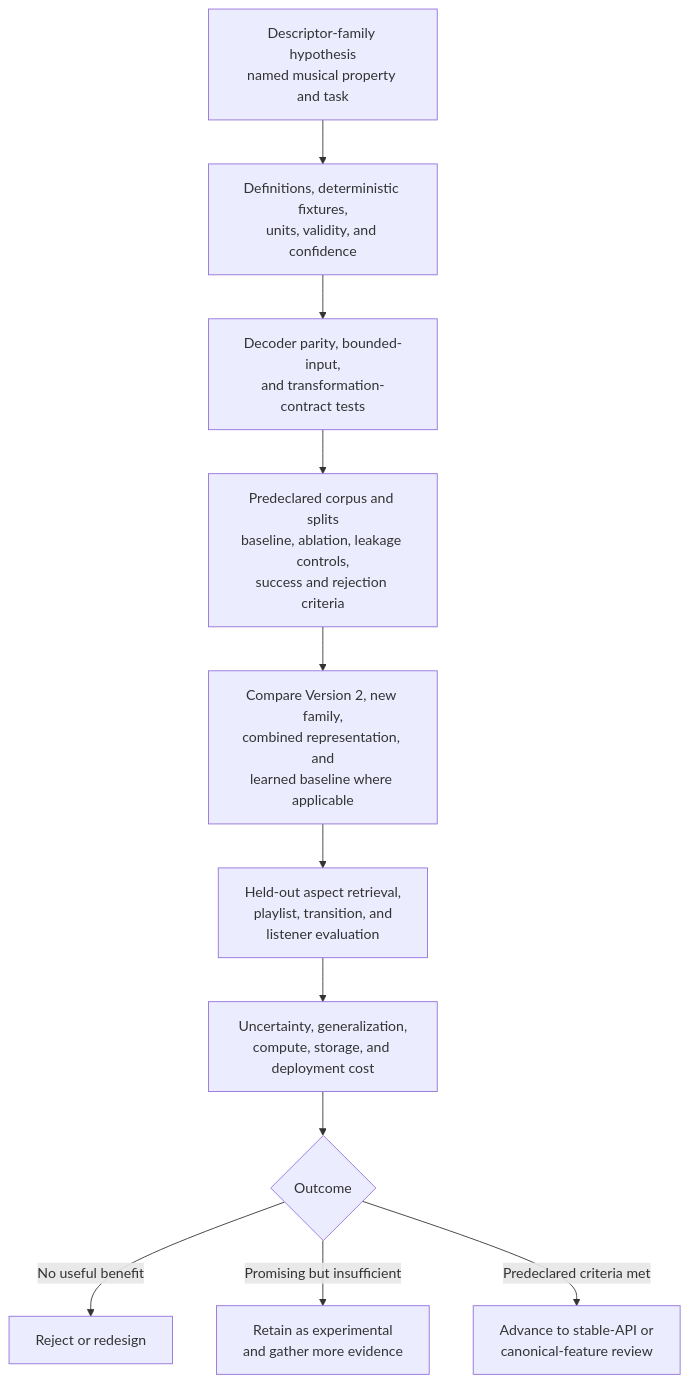
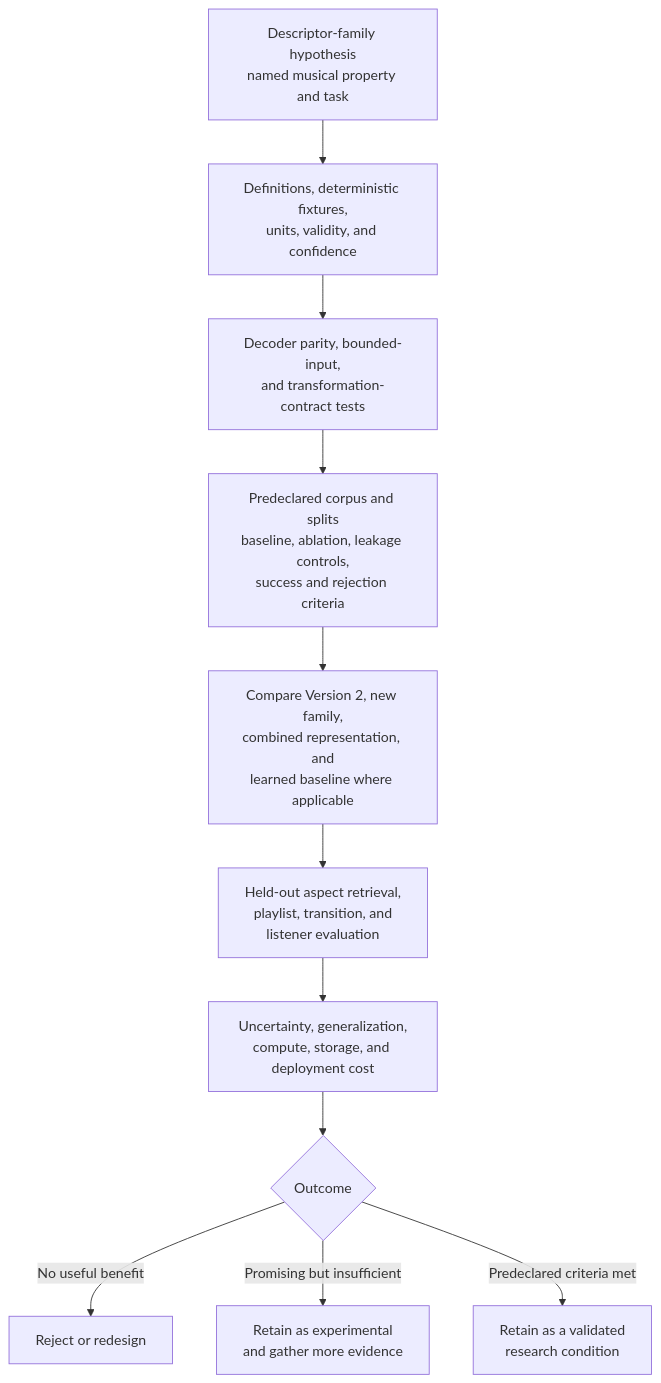
Before and after one commit to chrober/bliss-similarity-design: the diagram in docs/evaluation/analysis-evaluation.md, drawn with Mermaid. The commit also changed other lines of this file and 20 other files, not shown here.

````diff
--- a/docs/evaluation/analysis-evaluation.md
+++ b/docs/evaluation/analysis-evaluation.md
@@ -60,15 +60,15 @@
 ```mermaid
 flowchart TB
     H[Descriptor-family hypothesis<br/>named musical property and task]
     H --> FIX[Definitions, deterministic fixtures,<br/>units, validity, and confidence]
     FIX --> TRANS[Decoder parity, bounded-input,<br/>and transformation-contract tests]
     TRANS --> DESIGN[Predeclared corpus and splits<br/>baseline, ablation, leakage controls,<br/>success and rejection criteria]
     DESIGN --> RUN[Compare Version 2, new family,<br/>combined representation, and<br/>learned baseline where applicable]
     RUN --> HELD[Held-out aspect retrieval,<br/>playlist, transition, and<br/>listener evaluation]
     HELD --> ASSESS[Uncertainty, generalization,<br/>compute, storage, and deployment cost]
     ASSESS --> DEC{Outcome}
 
     DEC -->|No useful benefit| REJECT[Reject or redesign]
     DEC -->|Promising but insufficient| KEEP[Retain as experimental<br/>and gather more evidence]
-    DEC -->|Predeclared criteria met| ADVANCE[Advance to stable-API or<br/>canonical-feature review]
+    DEC -->|Predeclared criteria met| ADVANCE[Retain as a validated<br/>research condition]
 ```
````
